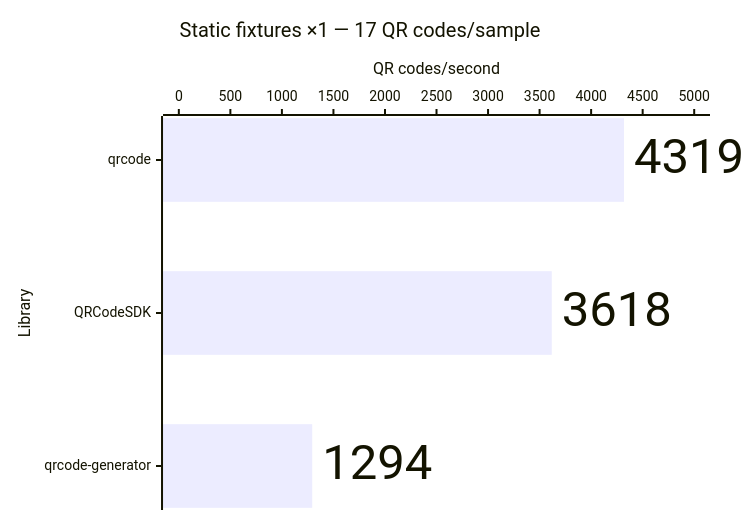
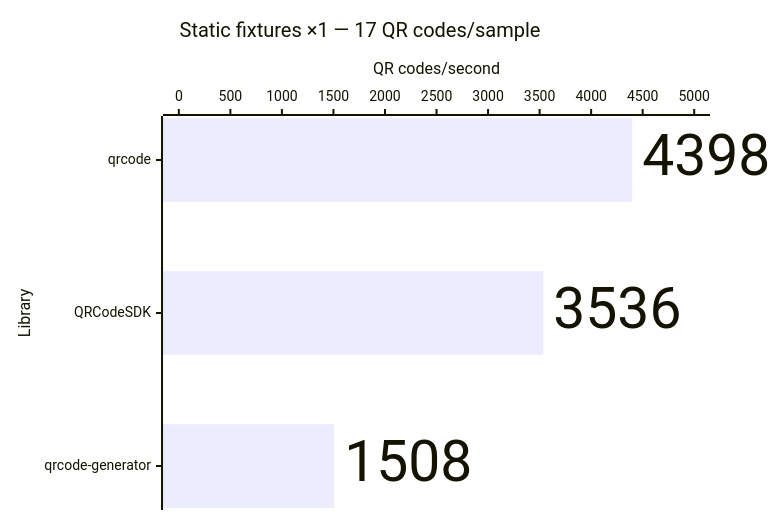
Before and after one commit to Dafnik/qrcodesdk: the eighth of 14 diagrams in apps/docs/src/content/docs/learn/performance.md, drawn with Mermaid. The commit also changed other lines of this file, not shown here.

````diff
--- a/apps/docs/src/content/docs/learn/performance.md
+++ b/apps/docs/src/content/docs/learn/performance.md
@@ -182,15 +182,15 @@
 ```mermaid
 ---
 config:
   xyChart:
     showDataLabel: true
     showDataLabelOutsideBar: true
 ---
 xychart horizontal
   accTitle: SVG generation: Static fixtures ×1 — 17 QR codes/sample
-  accDescr: Throughput calculated from median time. qrcode 4,319 QR codes per second, QRCodeSDK 3,618 QR codes per second, qrcode-generator 1,294 QR codes per second. Higher is better.
+  accDescr: Throughput calculated from median time. qrcode 4,398 QR codes per second, QRCodeSDK 3,536 QR codes per second, qrcode-generator 1,508 QR codes per second. Higher is better.
   title "Static fixtures ×1 — 17 QR codes/sample"
   x-axis "Library" ["qrcode", "QRCodeSDK", "qrcode-generator"]
   y-axis "QR codes/second" 0 --> 5000
-  bar [4319, 3618, 1294]
+  bar [4398, 3536, 1508]
 ```
````
